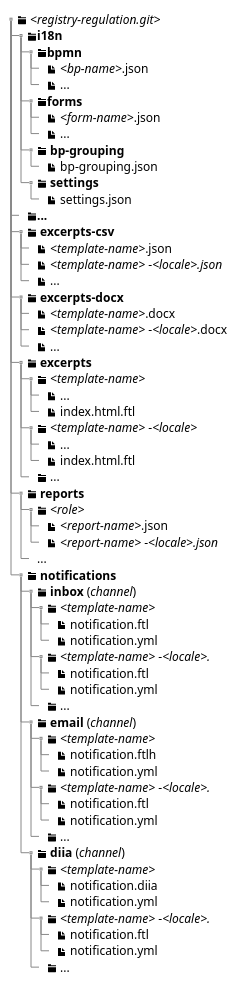
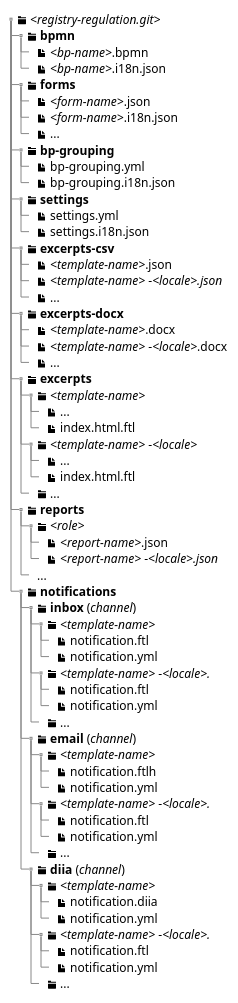
One commit to epam/edp-ddm-architecture changed the third of 3 diagrams in docs/ua/modules/arch/pages/architecture-workspace/research/i18n/i18n.adoc. Above: the diagram before and after it, drawn with PlantUML.

Commit message:
[EDP-DDM-00000] Added i18n draft doc.

```diff
--- a/docs/ua/modules/arch/pages/architecture-workspace/research/i18n/i18n.adoc
+++ b/docs/ua/modules/arch/pages/architecture-workspace/research/i18n/i18n.adoc
@@ -86,69 +86,69 @@
 [plantuml, xe, svg]
 ----
 @startsalt
 {
 {T
 + <&folder> <i><registry-regulation.git></i>
-++ <&folder><b>i18n</b>
-+++ <&folder><b>bpmn</b>
-++++ <&file> <i><bp-name></i>.json
-++++ <&file> ...
-+++ <&folder><b>forms</b>
-++++ <&file> <i><form-name></i>.json
-++++ <&file> ...
-+++ <&folder> <b>bp-grouping</b>
-++++ <&file> bp-grouping.json
-+++ <&folder> <b>settings</b>
-++++ <&file> settings.json
-++ <&folder><b>...</b>
-
+++ <&folder> <b>bpmn</b>
++++ <&file> <i><bp-name></i>.bpmn
++++ <&file> <i><bp-name></i>.i18n.json
+++ <&folder> <b>forms</b>
++++ <&file> <i><form-name></i>.json
++++ <&file> <i><form-name></i>.i18n.json
++++ <&file> ...
+++ <&folder> <b>bp-grouping</b>
++++ <&file> bp-grouping.yml
++++ <&file> bp-grouping.i18n.json
+++ <&folder> <b>settings</b>
++++ <&file> settings.yml
++++ <&file> settings.i18n.json
 ++ <&folder> <b>excerpts-csv</b>
 +++ <&file> <i><template-name></i>.json
 +++ <&file> <i><template-name></i> -<i><locale><i>.json
 +++ <&file> ...
 ++ <&folder> <b>excerpts-docx</b>
 +++ <&file> <i><template-name></i>.docx
 +++ <&file> <i><template-name></i> -<i><locale></i>.docx
 +++ <&file> ...
 ++ <&folder> <b>excerpts</b>
 +++ <&folder> <i><template-name></i>
 ++++ <&file> ...
 ++++ <&file> index.html.ftl
 +++ <&folder> <i><template-name></i> -<i><locale></i>
 ++++ <&file> ...
 ++++ <&file> index.html.ftl
 +++ <&folder> ...
 ++ <&folder> <b>reports</b>
 +++ <&folder> <i><role></i>
 ++++ <&file> <i><report-name></i>.json
 ++++ <&file> <i><report-name></i> -<i><locale>.json
 +++ ...
 ++ <&folder> <b>notifications</b>
 +++ <&folder> <b>inbox</b> (<i>channel</i>)
 ++++ <&folder> <i><template-name></i>
 +++++ <&file> notification.ftl
 +++++ <&file> notification.yml
 ++++ <&folder> <i><template-name></i> -<i><locale>.
 +++++ <&file> notification.ftl
 +++++ <&file> notification.yml
 ++++ <&folder> ...
 +++ <&folder> <b>email</b> (<i>channel</i>)
 ++++ <&folder> <i><template-name></i>
 +++++ <&file> notification.ftlh
 +++++ <&file> notification.yml
 ++++ <&folder> <i><template-name></i> -<i><locale>.
 +++++ <&file> notification.ftl
 +++++ <&file> notification.yml
 ++++ <&folder> ...
 +++ <&folder> <b>diia</b> (<i>channel</i>)
 ++++ <&folder> <i><template-name></i>
 +++++ <&file> notification.diia
 +++++ <&file> notification.yml
 ++++ <&folder> <i><template-name></i> -<i><locale>.
 +++++ <&file> notification.ftl
 +++++ <&file> notification.yml
 ++++ <&folder> ...
 }
 }
 @endsalt
 ----
```
